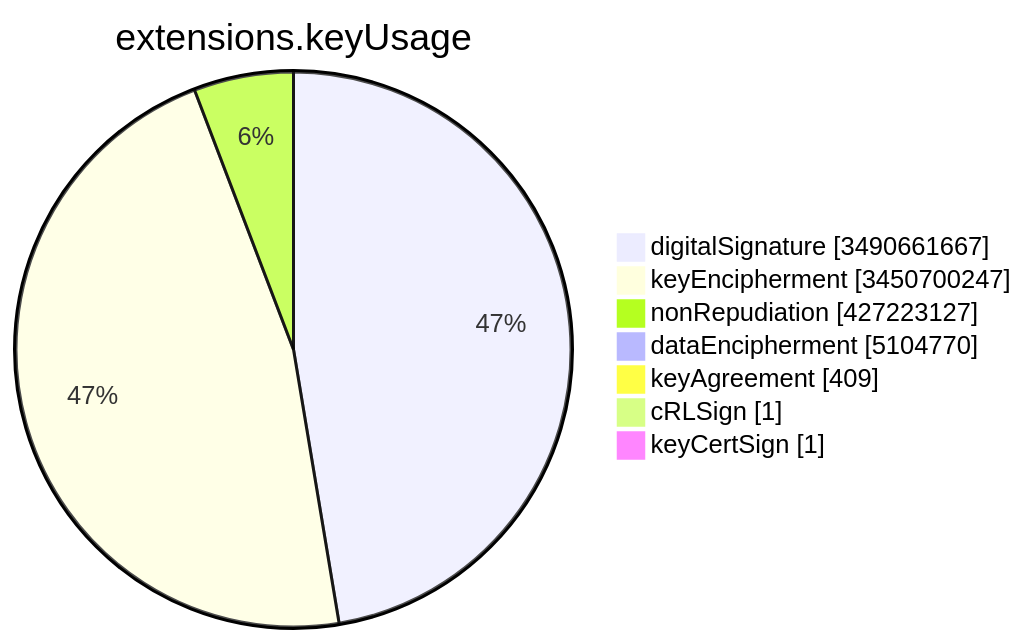
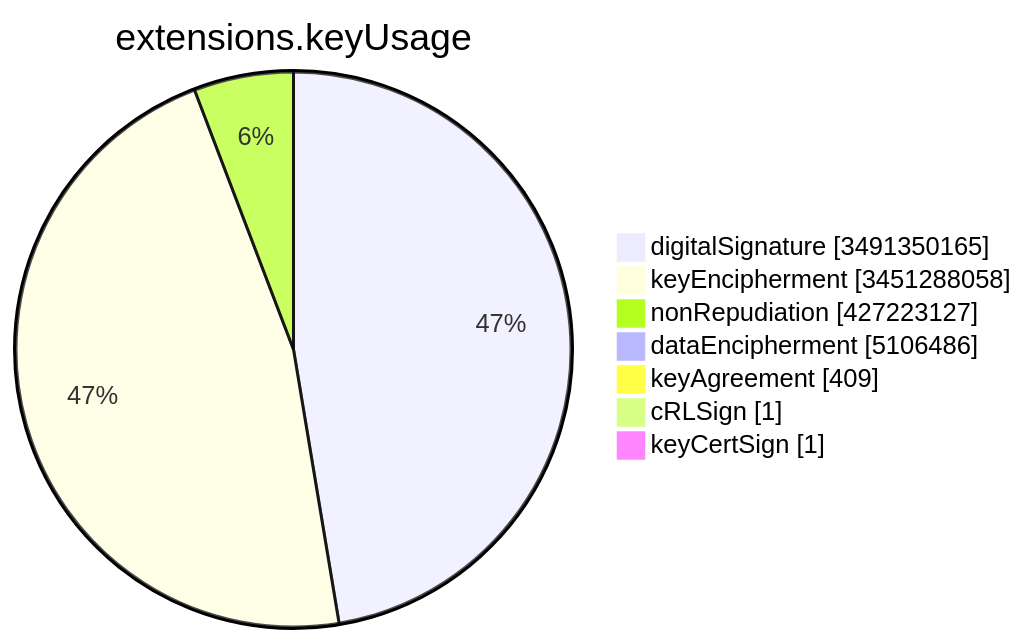
Before and after one commit to christiankrug/ctmonitor_visualization: the sixth of 15 diagrams in TOTAL/README.md, drawn with Mermaid. The commit also changed other lines of this file, not shown here.

````diff
--- a/TOTAL/README.md
+++ b/TOTAL/README.md
@@ -3083,11 +3083,11 @@
 ```mermaid
 pie showData
 title extensions.keyUsage
-"digitalSignature" :3490661667
-"keyEncipherment" :3450700247
+"digitalSignature" :3491350165
+"keyEncipherment" :3451288058
 "nonRepudiation" :427223127
-"dataEncipherment" :5104770
+"dataEncipherment" :5106486
 "keyAgreement" :409
 "cRLSign" :1
 "keyCertSign" :1
 ```
````
